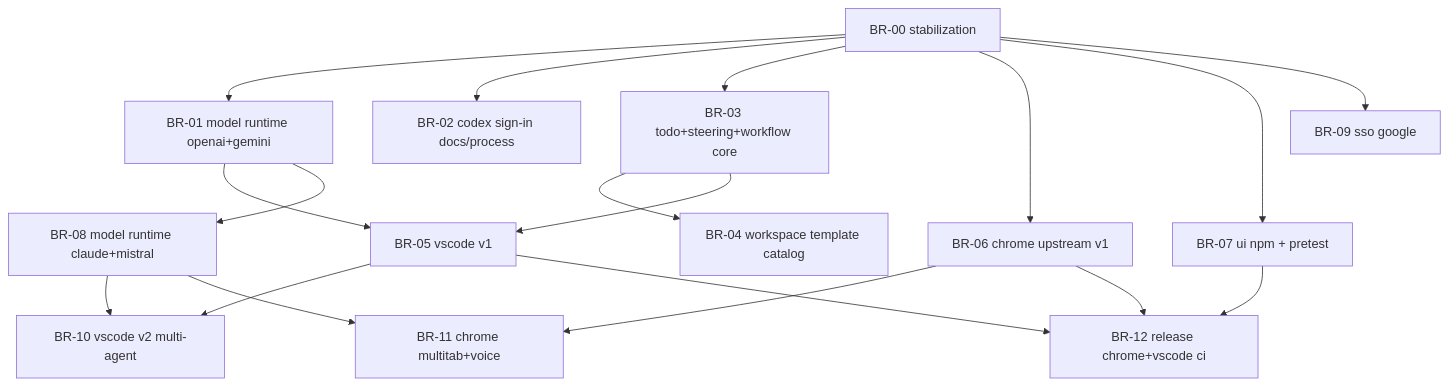
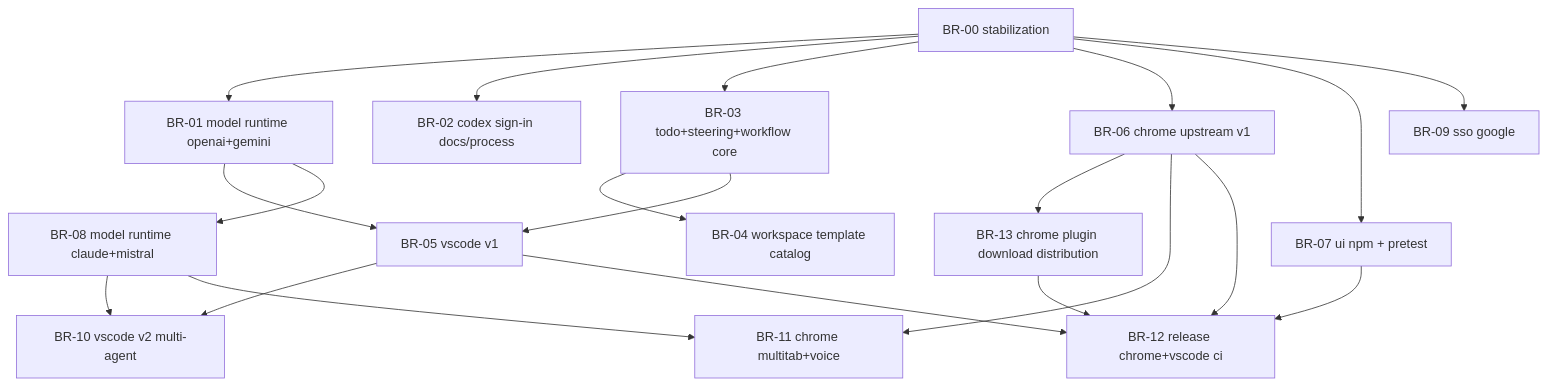
One commit to rhanka/sentropic changed the diagram in PLAN.md. Above: the diagram before and after it, drawn with Mermaid. The commit also changed other lines of this file and 1 other file, not shown here.

Commit message:
docs(plan): add BR-13 chrome plugin download distribution

````diff
--- a/PLAN.md
+++ b/PLAN.md
@@ -88,35 +91,38 @@
 ```mermaid
 graph TD
   BR00[BR-00 stabilization]
   BR01[BR-01 model runtime openai+gemini]
   BR02[BR-02 codex sign-in docs/process]
   BR03[BR-03 todo+steering+workflow core]
   BR04[BR-04 workspace template catalog]
   BR05[BR-05 vscode v1]
   BR06[BR-06 chrome upstream v1]
   BR07[BR-07 ui npm + pretest]
   BR08[BR-08 model runtime claude+mistral]
   BR09[BR-09 sso google]
   BR10[BR-10 vscode v2 multi-agent]
   BR11[BR-11 chrome multitab+voice]
   BR12[BR-12 release chrome+vscode ci]
+  BR13[BR-13 chrome plugin download distribution]
 
   BR00 --> BR01
   BR00 --> BR02
   BR00 --> BR03
   BR03 --> BR04
   BR01 --> BR05
   BR03 --> BR05
   BR00 --> BR06
   BR00 --> BR07
+  BR06 --> BR13
 
   BR01 --> BR08
   BR00 --> BR09
   BR05 --> BR10
   BR08 --> BR10
   BR06 --> BR11
   BR08 --> BR11
   BR05 --> BR12
   BR06 --> BR12
   BR07 --> BR12
+  BR13 --> BR12
 ```
````
